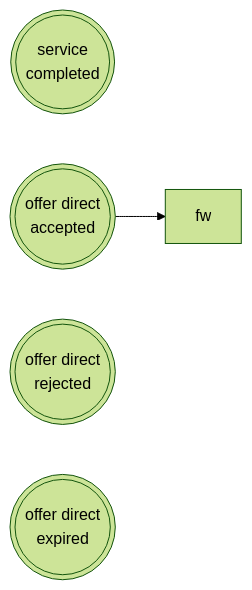
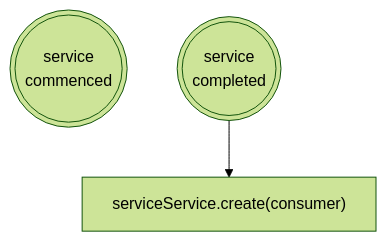
The first of 3 diagrams in README.md (fsprojekti/shr-mfg-cpl-sim), drawn with Mermaid (forest theme) before and after one commit. The commit also changed other lines of this file and 4 other files, not shown here.

````diff
--- a/README.md
+++ b/README.md
@@ -5,12 +5,6 @@
 ```mermaid
-graph LR
-    %%E1((("service <br>commenced")))
-    E2((("service <br>completed")))
-    E3(((offer direct<br>accepted)))
-    E4(((offer direct<br>rejected)))
-    E5((("offer direct <br>expired")))
-    
-    E3-->T[fw]
-    
+graph TD
+    E1((("service <br>commenced")))
+    E2((("service <br>completed")))-->T1["serviceService.create(consumer)"]
     
 ```
````
